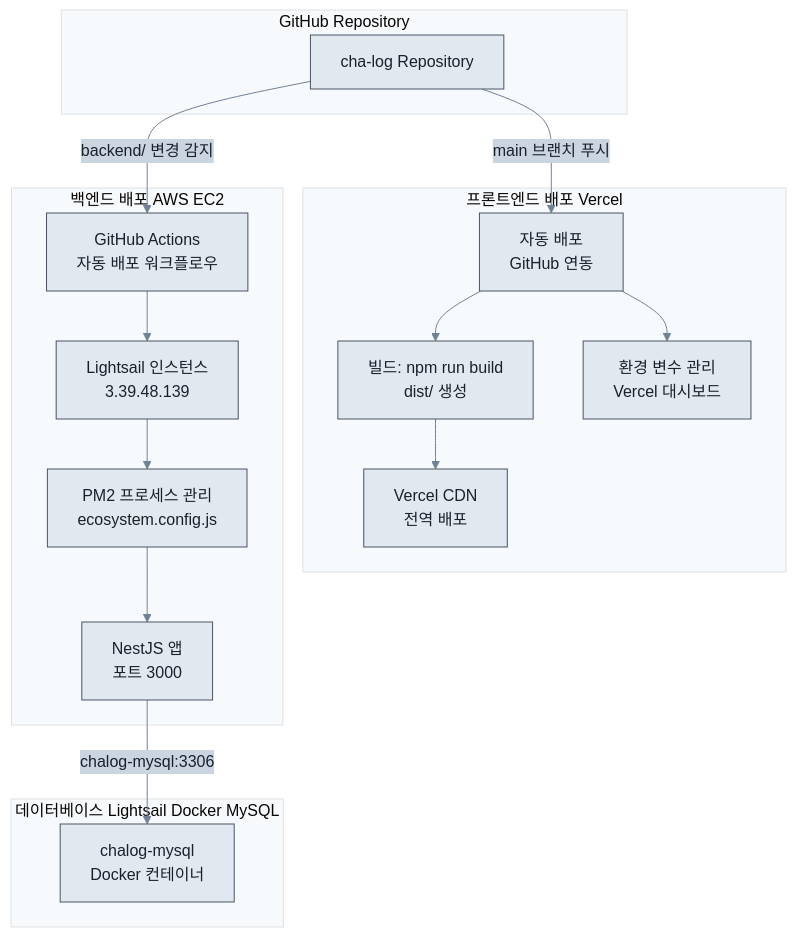
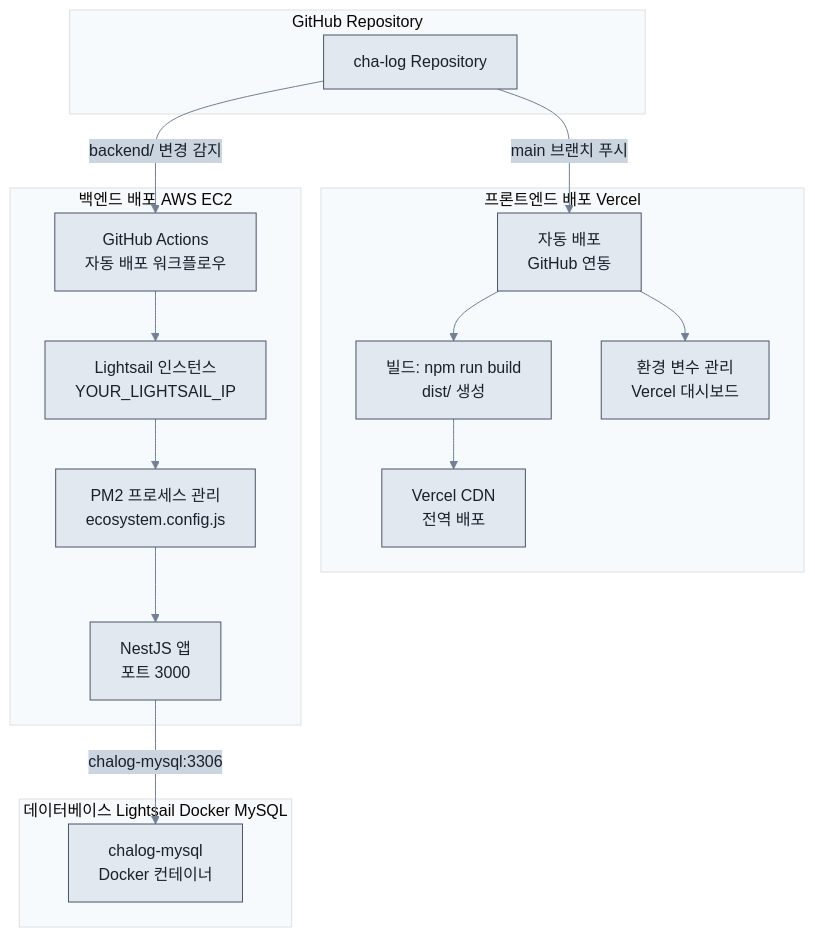
Before and after one commit to FLYLIKEB/ChaLog: the tenth of 11 diagrams in docs/architecture/SERVER_ARCHITECTURE.md, drawn with Mermaid. The commit also changed other lines of this file and 46 other files, not shown here.

````diff
--- a/docs/architecture/SERVER_ARCHITECTURE.md
+++ b/docs/architecture/SERVER_ARCHITECTURE.md
@@ -362,39 +362,39 @@
 ```mermaid
 %%{init: {'theme':'base', 'themeVariables': { 'primaryColor':'#e2e8f0', 'primaryTextColor':'#1a202c', 'primaryBorderColor':'#4a5568', 'lineColor':'#718096', 'secondaryColor':'#cbd5e0', 'tertiaryColor':'#f7fafc'}}}%%
 flowchart TB
     subgraph GitHub["GitHub Repository"]
         Repo["cha-log Repository"]
     end
 
     subgraph FrontendDeploy["프론트엔드 배포 Vercel"]
         VercelBuild["빌드: npm run build<br/>dist/ 생성"]
         VercelDeploy["자동 배포<br/>GitHub 연동"]
         VercelEnv["환경 변수 관리<br/>Vercel 대시보드"]
         VercelCDN["Vercel CDN<br/>전역 배포"]
     end
 
     subgraph BackendDeploy["백엔드 배포 AWS EC2"]
         GitHubActions["GitHub Actions<br/>자동 배포 워크플로우"]
-        EC2Instance["Lightsail 인스턴스<br/>3.39.48.139"]
+        EC2Instance["Lightsail 인스턴스<br/>YOUR_LIGHTSAIL_IP"]
         PM2["PM2 프로세스 관리<br/>ecosystem.config.js"]
         NestJSApp["NestJS 앱<br/>포트 3000"]
     end
 
     subgraph DatabaseDeploy["데이터베이스 Lightsail Docker MySQL"]
         MySQLContainer["chalog-mysql<br/>Docker 컨테이너"]
     end
 
     Repo -->|main 브랜치 푸시| VercelDeploy
     Repo -->|backend/ 변경 감지| GitHubActions
     
     VercelDeploy --> VercelBuild
     VercelBuild --> VercelCDN
     VercelDeploy --> VercelEnv
     
     GitHubActions --> EC2Instance
     EC2Instance --> PM2
     PM2 --> NestJSApp
     
     NestJSApp -->|chalog-mysql:3306| MySQLContainer
 
 ```
````
